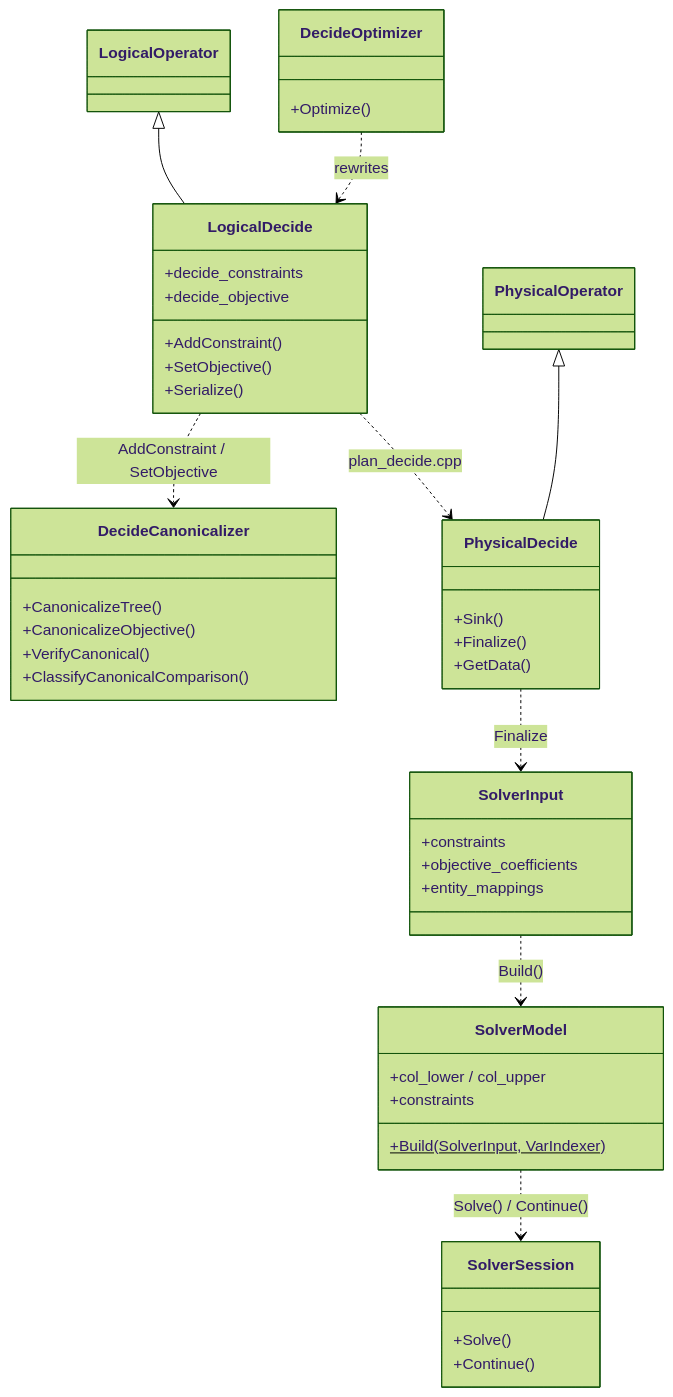
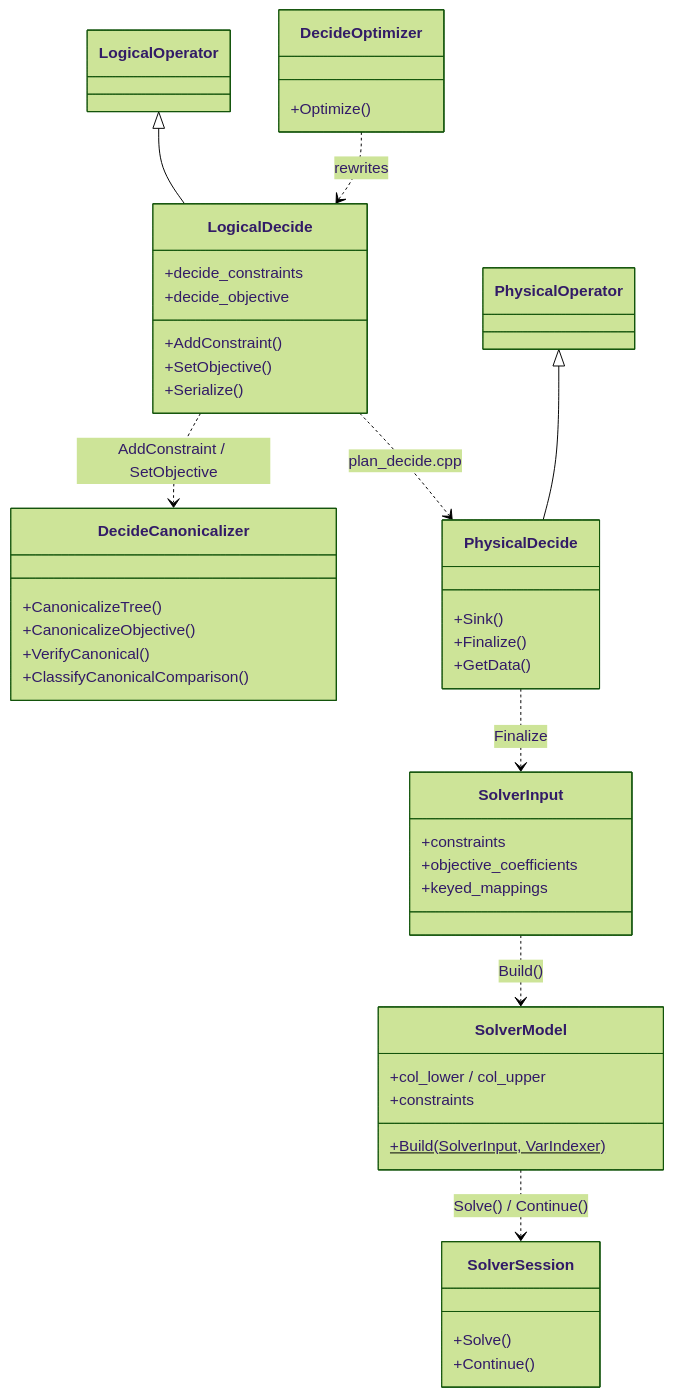
The second of 2 diagrams in context/docs/pipeline/code_structure.md (huda-lab/decidb), drawn with Mermaid (forest theme) before and after one commit. The commit also changed other lines of this file and 30 other files, not shown here.

````diff
--- a/context/docs/pipeline/code_structure.md
+++ b/context/docs/pipeline/code_structure.md
@@ -151,49 +151,49 @@
 ```mermaid
 classDiagram
     class LogicalOperator
     class LogicalDecide {
         +decide_constraints
         +decide_objective
         +AddConstraint()
         +SetObjective()
         +Serialize()
     }
     class DecideCanonicalizer {
         +CanonicalizeTree()
         +CanonicalizeObjective()
         +VerifyCanonical()
         +ClassifyCanonicalComparison()
     }
     class DecideOptimizer {
         +Optimize()
     }
     class PhysicalOperator
     class PhysicalDecide {
         +Sink()
         +Finalize()
         +GetData()
     }
     class SolverInput {
         +constraints
         +objective_coefficients
-        +entity_mappings
+        +keyed_mappings
     }
     class SolverModel {
         +col_lower / col_upper
         +constraints
         +Build(SolverInput, VarIndexer)$
     }
     class SolverSession {
         +Solve()
         +Continue()
     }
 
     LogicalOperator <|-- LogicalDecide
     PhysicalOperator <|-- PhysicalDecide
     LogicalDecide ..> DecideCanonicalizer : AddConstraint / SetObjective
     DecideOptimizer ..> LogicalDecide : rewrites
     LogicalDecide ..> PhysicalDecide : plan_decide.cpp
     PhysicalDecide ..> SolverInput : Finalize
     SolverInput ..> SolverModel : Build()
     SolverModel ..> SolverSession : Solve() / Continue()
 ```
````
